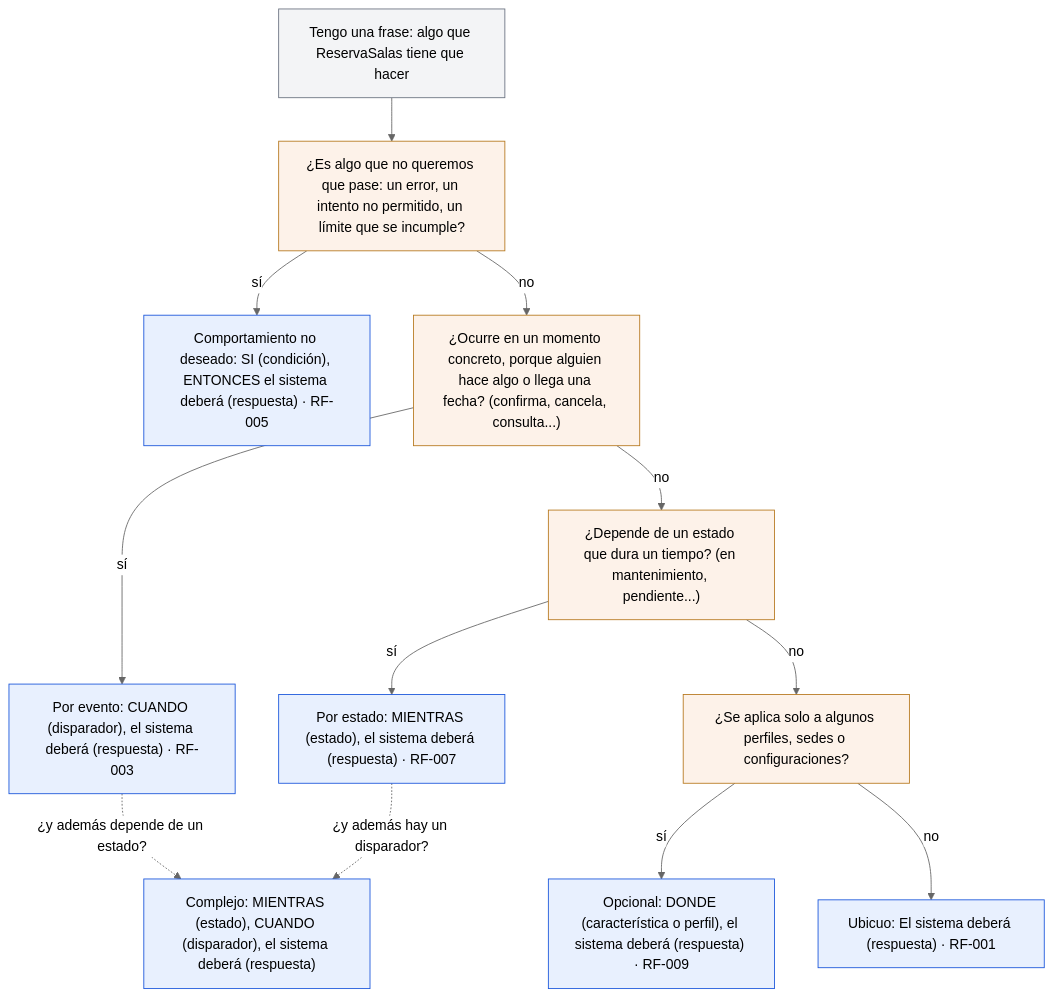
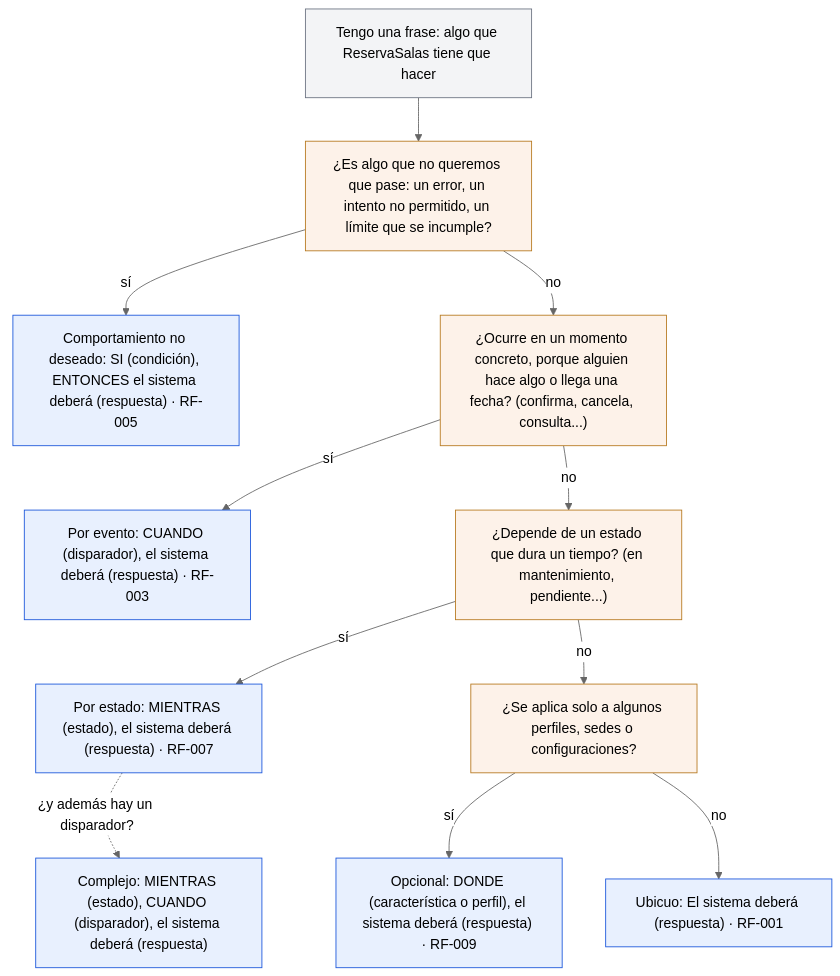
One commit to antroc/charla-sdd changed the second of 2 diagrams in diagramas/05-anatomia-de-un-requisito-ears.md. Above: the diagram before and after it, drawn with Mermaid (neutral theme). The commit also changed other lines of this file and 8 other files, not shown here.

````diff
--- a/diagramas/05-anatomia-de-un-requisito-ears.md
+++ b/diagramas/05-anatomia-de-un-requisito-ears.md
@@ -73,20 +73,21 @@
 ```mermaid
 flowchart TD
   frase["Tengo una frase: algo que ReservaSalas tiene que hacer"] --> q1["¿Es algo que no queremos que pase: un error, un intento no permitido, un límite que se incumple?"]
   q1 -->|"sí"| noDeseado["Comportamiento no deseado: SI (condición), ENTONCES el sistema deberá (respuesta) · RF-005"]
   q1 -->|"no"| q2["¿Ocurre en un momento concreto, porque alguien hace algo o llega una fecha? (confirma, cancela, consulta...)"]
   q2 -->|"sí"| cuando["Por evento: CUANDO (disparador), el sistema deberá (respuesta) · RF-003"]
   q2 -->|"no"| q3["¿Depende de un estado que dura un tiempo? (en mantenimiento, pendiente...)"]
   q3 -->|"sí"| mientras["Por estado: MIENTRAS (estado), el sistema deberá (respuesta) · RF-007"]
   q3 -->|"no"| q4["¿Se aplica solo a algunos perfiles, sedes o configuraciones?"]
   q4 -->|"sí"| donde["Opcional: DONDE (característica o perfil), el sistema deberá (respuesta) · RF-009"]
   q4 -->|"no"| ubicuo["Ubicuo: El sistema deberá (respuesta) · RF-001"]
-  cuando -.->|"¿y además depende de un estado?"| complejo["Complejo: MIENTRAS (estado), CUANDO (disparador), el sistema deberá (respuesta)"]
-  mientras -.->|"¿y además hay un disparador?"| complejo
+  mientras -.->|"¿y además hay un disparador?"| complejo["Complejo: MIENTRAS (estado), CUANDO (disparador), el sistema deberá (respuesta)"]
+  %% Enlaces invisibles: solo alinean los patrones en una columna
+  noDeseado ~~~ cuando ~~~ mientras ~~~ complejo
   classDef pregunta fill:#FDF2E9,stroke:#B7791F;
   classDef patronEars fill:#E8F0FE,stroke:#1A56DB;
   classDef neutro fill:#F3F4F6,stroke:#6B7280;
   class q1,q2,q3,q4 pregunta;
   class cuando,mientras,noDeseado,donde,ubicuo,complejo patronEars;
   class frase neutro;
 ```
````
